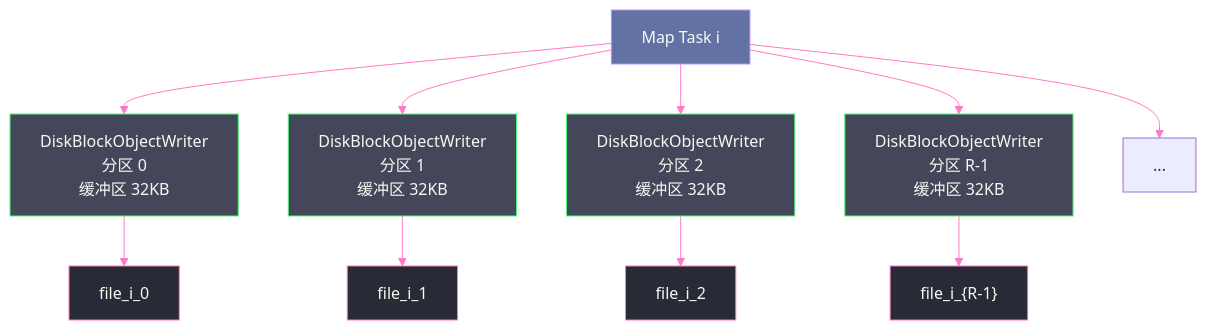
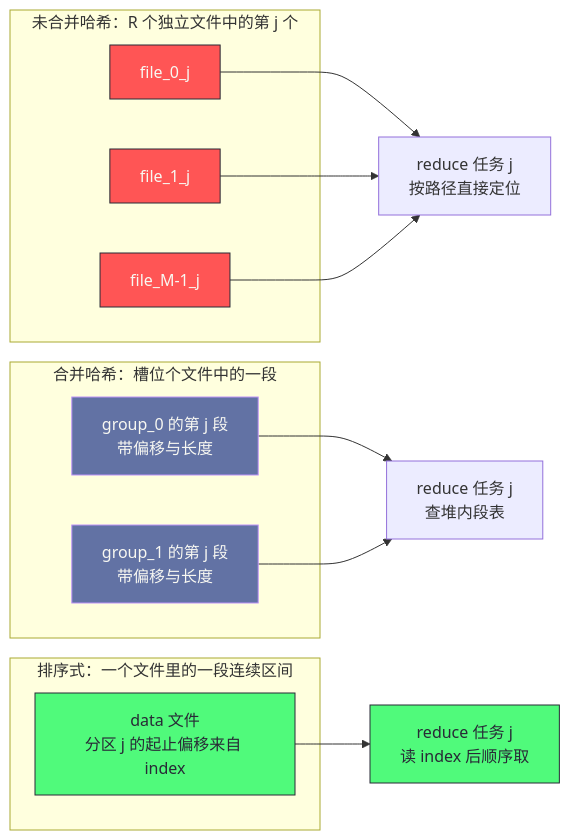
One commit to hpliStartAgain/my-brain changed the second of 4 diagrams in content/大数据/Spark/Spark-Shuffle与内存管理机制深度解析/02 Hash Shuffle 的设计与致命缺陷.md. Above: the diagram before and after it, drawn with Mermaid. The commit also changed other lines of this file and 455 other files, not shown here.

````diff
--- a/content/大数据/Spark/Spark-Shuffle与内存管理机制深度解析/02 Hash Shuffle 的设计与致命缺陷.md
+++ b/content/大数据/Spark/Spark-Shuffle与内存管理机制深度解析/02 Hash Shuffle 的设计与致命缺陷.md
@@ -67,22 +207,28 @@
 ```mermaid
-%%{init: {"theme": "dracula", "themeVariables": {"primaryColor": "#6272a4", "primaryTextColor": "#f8f8f2", "primaryBorderColor": "#bd93f9", "lineColor": "#ff79c6", "secondaryColor": "#44475a", "tertiaryColor": "#282a36"}}}%%
-graph TD
-    T["Map Task i"] --> W0["DiskBlockObjectWriter</br>分区 0</br>缓冲区 32KB"]
-    T --> W1["DiskBlockObjectWriter</br>分区 1</br>缓冲区 32KB"]
-    T --> W2["DiskBlockObjectWriter</br>分区 2</br>缓冲区 32KB"]
-    T --> WN["DiskBlockObjectWriter</br>分区 R-1</br>缓冲区 32KB"]
-    T --> dots["..."]
-
-    W0 --> F0["file_i_0"]
-    W1 --> F1["file_i_1"]
-    W2 --> F2["file_i_2"]
-    WN --> FN["file_i_{R-1}"]
-
-    classDef task fill:#6272a4,stroke:#bd93f9,color:#f8f8f2
-    classDef writer fill:#44475a,stroke:#50fa7b,color:#f8f8f2
-    classDef file fill:#282a36,stroke:#ff79c6,color:#f8f8f2
-
-    class T task
-    class W0,W1,W2,WN writer
-    class F0,F1,F2,FN file
+%%{init: {'theme': 'dracula'}}%%
+flowchart LR
+    subgraph H1["未合并哈希：R 个独立文件中的第 j 个"]
+        A1["file_0_j"]
+        A2["file_1_j"]
+        A3["file_M-1_j"]
+    end
+    subgraph H2["合并哈希：槽位个文件中的一段"]
+        B1["group_0 的第 j 段<br/>带偏移与长度"]
+        B2["group_1 的第 j 段<br/>带偏移与长度"]
+    end
+    subgraph S1["排序式：一个文件里的一段连续区间"]
+        C1["data 文件<br/>分区 j 的起止偏移来自 index"]
+    end
+    A1 --> R1["reduce 任务 j<br/>按路径直接定位"]
+    A2 --> R1
+    A3 --> R1
+    B1 --> R2["reduce 任务 j<br/>查堆内段表"]
+    B2 --> R2
+    C1 --> R3["reduce 任务 j<br/>读 index 后顺序取"]
+    classDef old fill:#ff5555,stroke:#282a36,color:#f8f8f2
+    classDef mid fill:#6272a4,stroke:#bd93f9,color:#f8f8f2
+    classDef new fill:#50fa7b,stroke:#282a36,color:#282a36
+    class A1,A2,A3 old
+    class B1,B2 mid
+    class C1,R3 new
 ```
````
